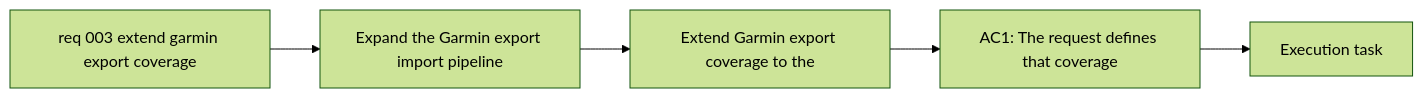
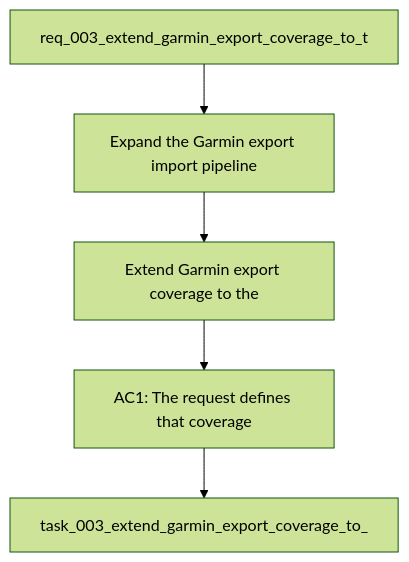
One commit to Jilanos/Coach_garmin changed the diagram in logics/backlog/item_003_extend_garmin_export_coverage_to_the_full_initial_data_surface.md. Above: the diagram before and after it, drawn with Mermaid (forest theme). The commit also changed other lines of this file and 86 other files, not shown here.

Commit message:
Harden chart UX and UTF-8 handling

````diff
--- a/logics/backlog/item_003_extend_garmin_export_coverage_to_the_full_initial_data_surface.md
+++ b/logics/backlog/item_003_extend_garmin_export_coverage_to_the_full_initial_data_surface.md
@@ -24,9 +24,9 @@
 ```mermaid
 %% logics-kind: backlog
-%% logics-signature: backlog|extend-garmin-export-coverage-to-the-ful|req-003-extend-garmin-export-coverage|expand-the-garmin-export-import-pipeline|ac1-the-request-defines-that-coverage
-flowchart LR
-    Request[req 003 extend garmin export coverage] --> Problem[Expand the Garmin export import pipeline]
+%% logics-signature: backlog|extend-garmin-export-coverage-to-the-ful|req-003-extend-garmin-export-coverage-to|expand-the-garmin-export-import-pipeline|ac1-the-request-defines-that-coverage
+flowchart TD
+    Request[req_003_extend_garmin_export_coverage_to_t] --> Problem[Expand the Garmin export import pipeline]
     Problem --> Scope[Extend Garmin export coverage to the]
     Scope --> Acceptance[AC1: The request defines that coverage]
-    Acceptance --> Tasks[Execution task]
+    Acceptance --> Tasks[task_003_extend_garmin_export_coverage_to_]
 ```
````
